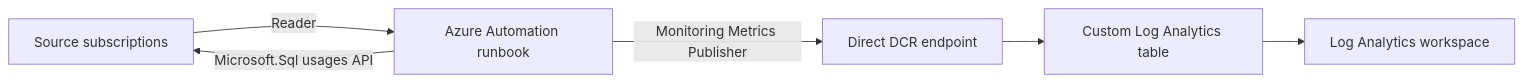
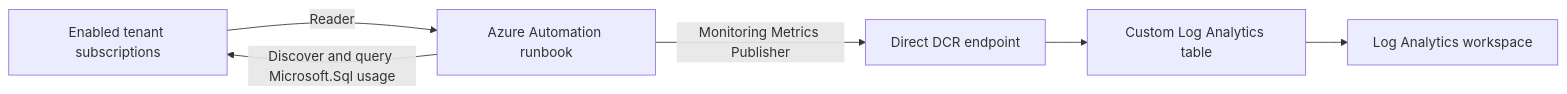
Before and after one commit to nd4ever/azure-sqlmi-quota-monitoring: the diagram in README.md, drawn with Mermaid. The commit also changed other lines of this file and 7 other files, not shown here.

First line of the commit message:
feat: support tenant-wide SQL MI quota monitoring

````diff
--- a/README.md
+++ b/README.md
@@ -18,8 +18,8 @@
 ```mermaid
 flowchart LR
-    SUB[Source subscriptions] -->|Reader| AA[Azure Automation runbook]
-    AA -->|Microsoft.Sql usages API| SUB
+    TENANT[Enabled tenant subscriptions] -->|Reader| AA[Azure Automation runbook]
+    AA -->|Discover and query Microsoft.Sql usage| TENANT
     AA -->|Monitoring Metrics Publisher| DCR[Direct DCR endpoint]
     DCR --> TABLE[Custom Log Analytics table]
     TABLE --> LAW[Log Analytics workspace]
 ```
````
